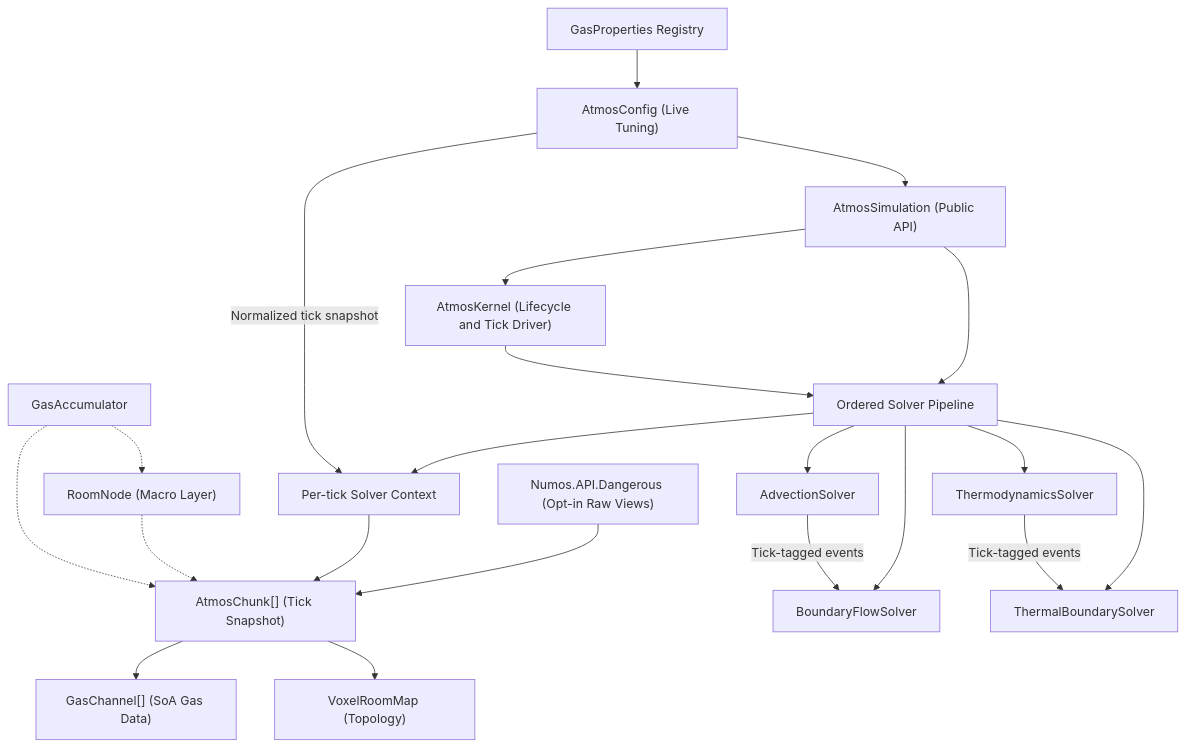
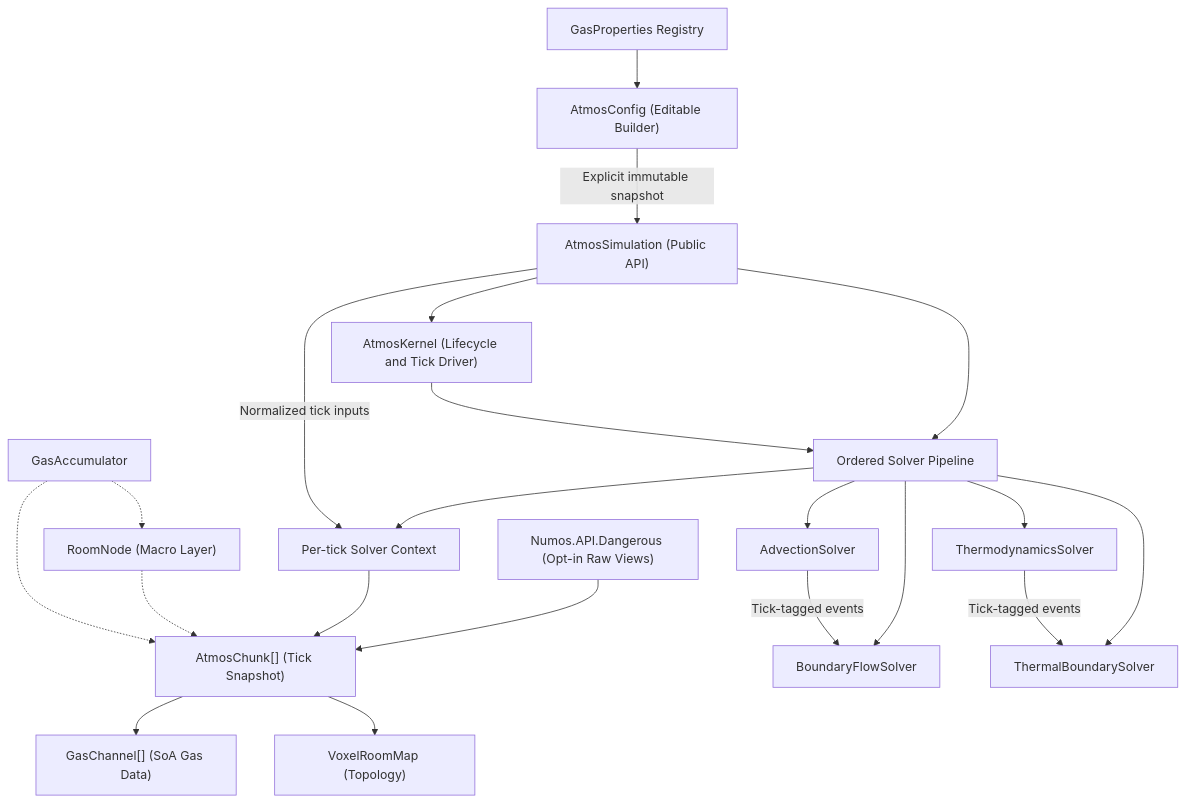
One commit to ArtisticRoomba/Numos changed the diagram in docs/atmospherics_technical_documentation.md. Above: the diagram before and after it, drawn with Mermaid. The commit also changed other lines of this file and 60 other files, not shown here.

````diff
--- a/docs/atmospherics_technical_documentation.md
+++ b/docs/atmospherics_technical_documentation.md
@@ -70,23 +70,23 @@
 ```mermaid
 graph TD
     API["AtmosSimulation (Public API)"] --> KERNEL["AtmosKernel (Lifecycle and Tick Driver)"]
     API --> PIPE["Ordered Solver Pipeline"]
     DANGER["Numos.API.Dangerous (Opt-in Raw Views)"] --> B
     KERNEL --> PIPE
     PIPE --> CTX["Per-tick Solver Context"]
     PIPE --> A["AdvectionSolver"]
     PIPE --> BOUNDARY["BoundaryFlowSolver"]
     PIPE --> THERMO["ThermodynamicsSolver"]
     PIPE --> THERMAL["ThermalBoundarySolver"]
     CTX --> B["AtmosChunk[] (Tick Snapshot)"]
     A -->|"Tick-tagged events"| BOUNDARY
     THERMO -->|"Tick-tagged events"| THERMAL
     B --> C["GasChannel[] (SoA Gas Data)"]
     B --> D["VoxelRoomMap (Topology)"]
-    G["AtmosConfig (Live Tuning)"] --> API
-    G -->|"Normalized tick snapshot"| CTX
+    G["AtmosConfig (Editable Builder)"] -->|"Explicit immutable snapshot"| API
+    API -->|"Normalized tick inputs"| CTX
     H["GasProperties Registry"] --> G
     I["RoomNode (Macro Layer)"] -.-> B
     J["GasAccumulator"] -.-> I
     J -.-> B
 ```
````
